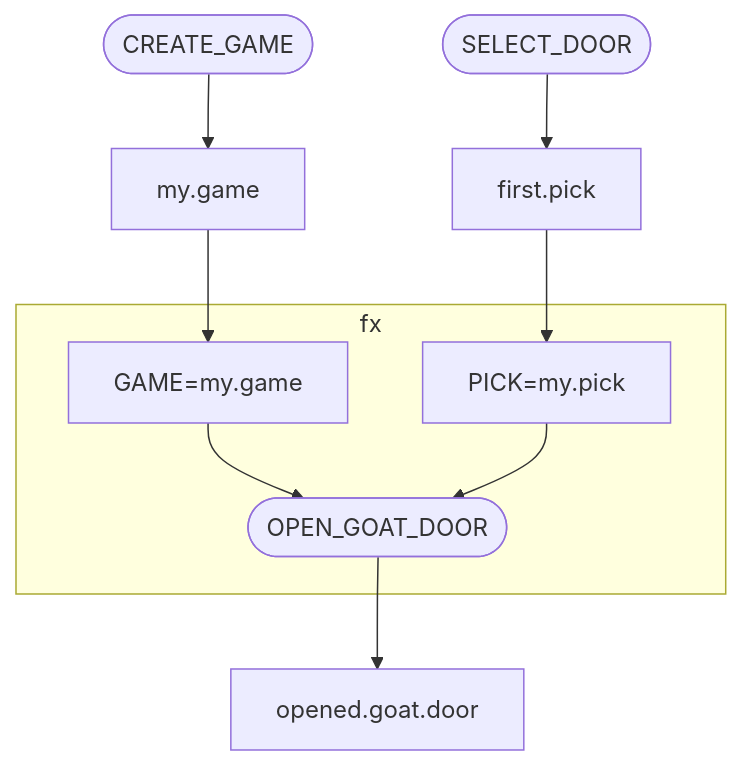
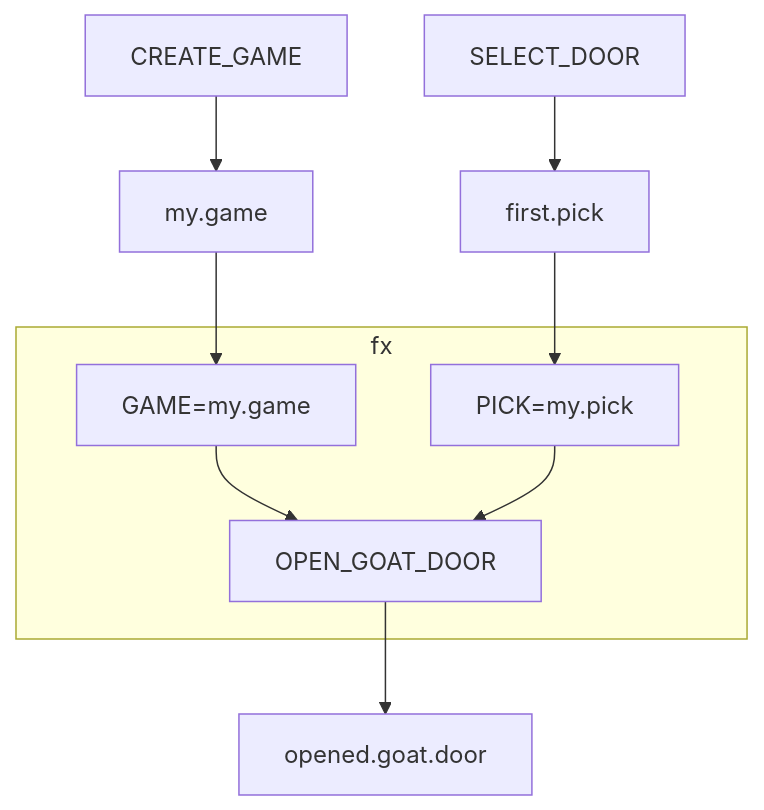
Before and after one commit to Watts-College/paf-514-template: the fourth of 4 diagrams in lectures/week-01-function-review.md, drawn with Mermaid.

````diff
--- a/lectures/week-01-function-review.md
+++ b/lectures/week-01-function-review.md
@@ -303,12 +303,12 @@
 ```mermaid 
 graph TD;
-  id1([CREATE_GAME]) --> my.game;
-  id2([SELECT_DOOR]) --> first.pick;
-  my.game --> id4[GAME=my.game];
+  id1[CREATE_GAME] --> my.game;
+  id2[SELECT_DOOR] --> first.pick;
+  my.game    --> id4[GAME=my.game];
   first.pick --> id5[PICK=my.pick];
   subgraph fx
-    id4[GAME=my.game] --> id3([ OPEN_GOAT_DOOR ]);
-    id5[PICK=my.pick] --> id3([ OPEN_GOAT_DOOR ]); 
+    id4[GAME=my.game] --> id3[ OPEN_GOAT_DOOR ];
+    id5[PICK=my.pick] --> id3[ OPEN_GOAT_DOOR ]; 
   end
-  id3([ OPEN_GOAT_DOOR ]) --> opened.goat.door; 
+  id3[ OPEN_GOAT_DOOR ] --> opened.goat.door; 
 ```
````
